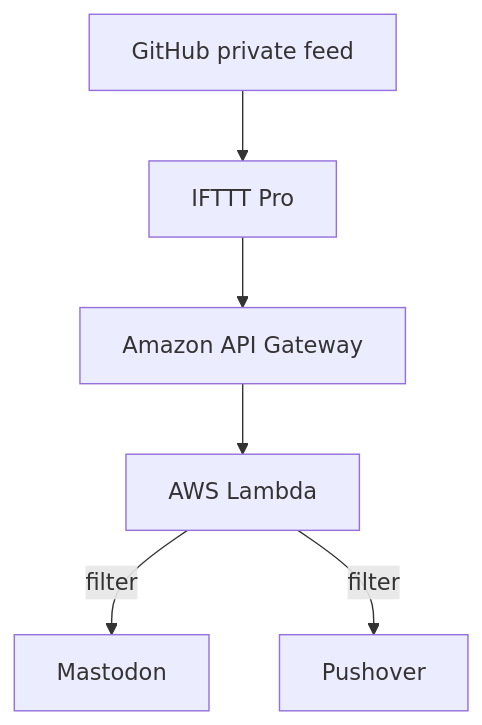
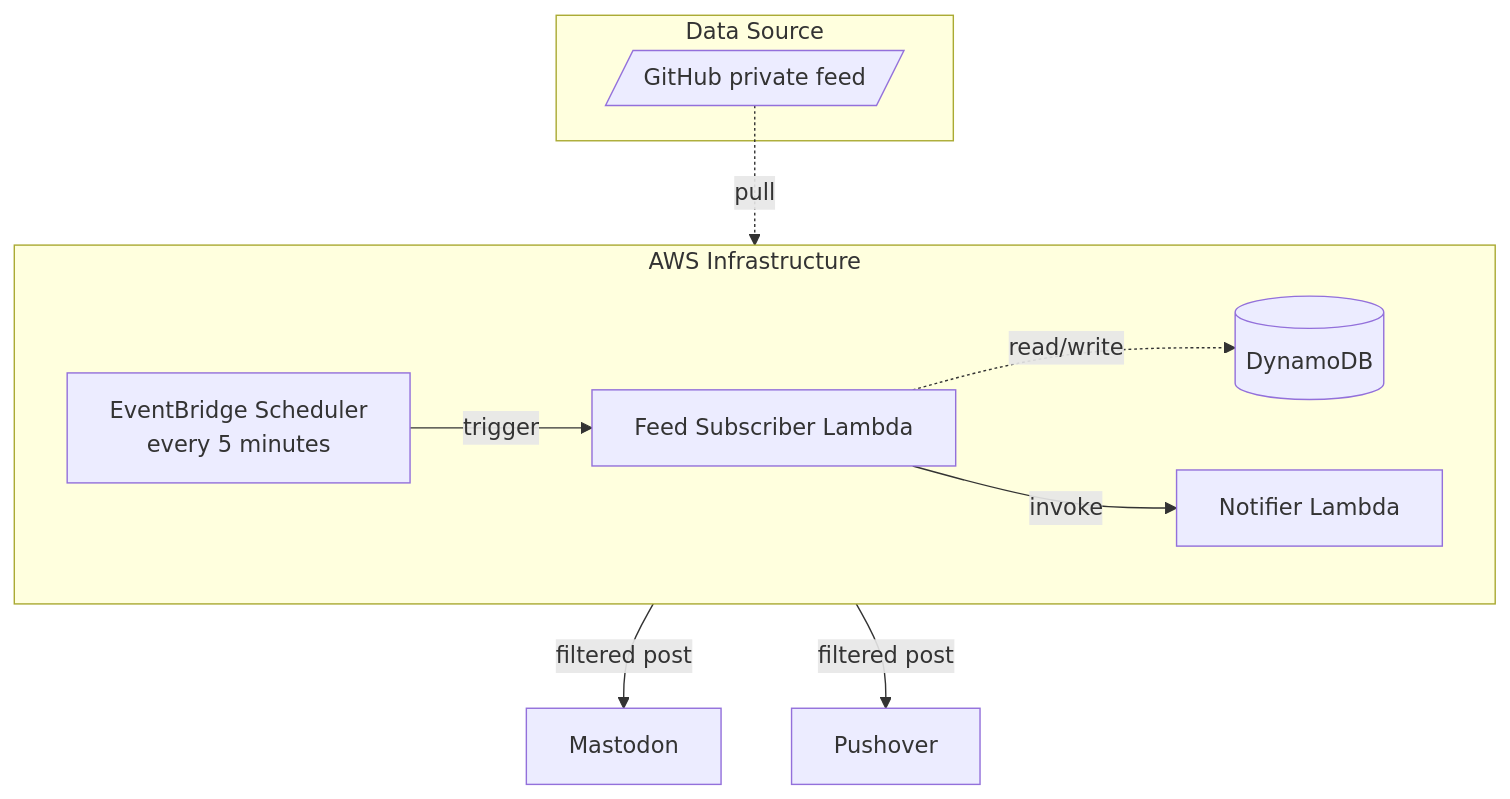
One commit to masutaka/masutaka-feed changed the first of 2 diagrams in README.md. Above: the diagram before and after it, drawn with Mermaid. The commit also changed other lines of this file, not shown here.

Commit message:
Update mermaid in README.md

````diff
--- a/README.md
+++ b/README.md
@@ -13,8 +13,20 @@
 ```mermaid
 graph TD
-    A[GitHub private feed] --> B[IFTTT Pro]
-    B --> C[Amazon API Gateway]
-    C --> D[AWS Lambda]
-    D -->|filter| E[Mastodon]
-    D -->|filter| F[Pushover]
+    subgraph "Data Source"
+        A[/GitHub private feed/]
+    end
+
+    subgraph "AWS Infrastructure"
+        direction LR
+        G[EventBridge Scheduler<br/>every 5 minutes] -->|trigger| H[Feed Subscriber Lambda]
+        H -.->|read/write| I[(DynamoDB)]
+        H -->|invoke| D[Notifier Lambda]
+    end
+
+    E[Mastodon]
+    F[Pushover]
+
+    A -.->|pull| H
+    D -->|filtered post| E
+    D -->|filtered post| F
 ```
````
